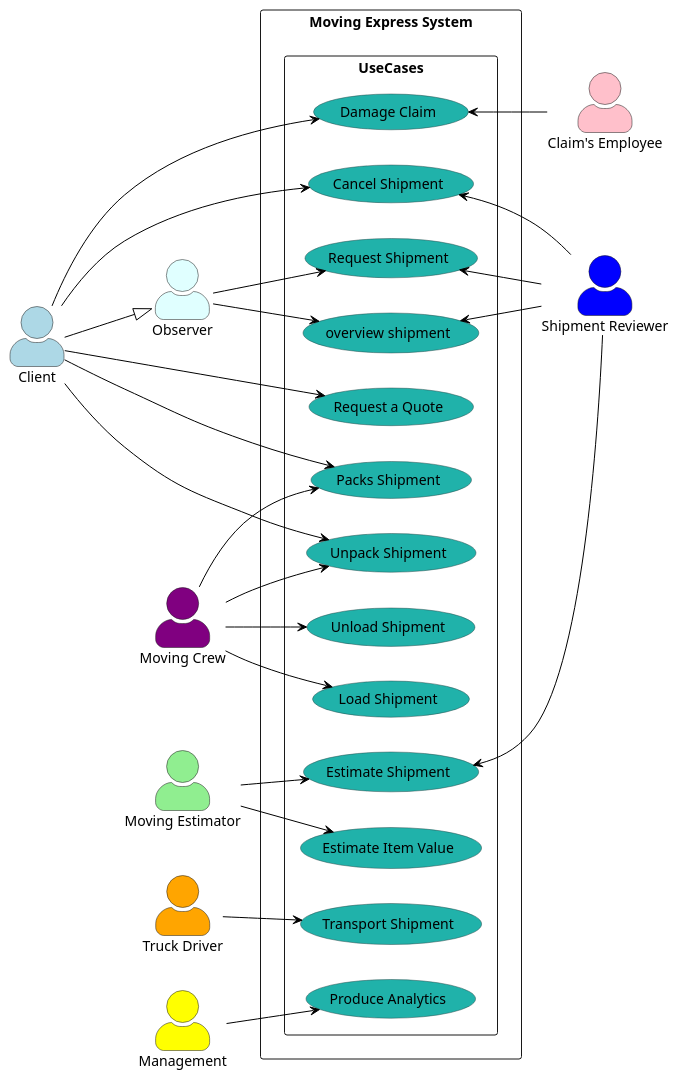
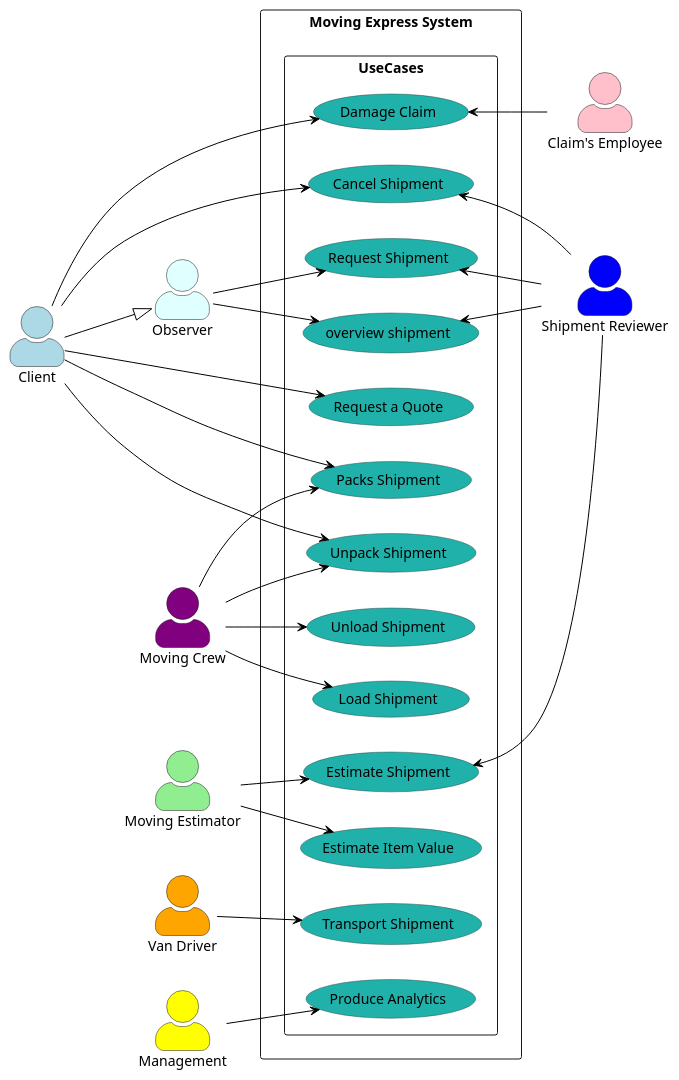
The diagram in Diagrams/UseCaseDiagrams/HighShipmentMS.puml (nic5694/MovingExpress), drawn with PlantUML before and after one commit. The commit also changed 3 other files, not shown here.

Commit message:
Diagrams done

```diff
--- a/Diagrams/UseCaseDiagrams/HighShipmentMS.puml
+++ b/Diagrams/UseCaseDiagrams/HighShipmentMS.puml
@@ -1,70 +1,70 @@
 @startuml
 
 left to right direction
 skinparam actorStyle awesome
 skinparam usecase {
     BackgroundColor DarkSeaGreen
     BorderColor DarkSlateGray
     ArrowColor Black
     ActorBorderColor black
     ActorFontName Courier
     ActorBackgroundColor<< Human >> Gold
 }
 
 actor Client as "Client" #LightBlue
 actor "Moving Estimator" as MovingEstimator #LightGreen
-actor "Truck Driver" as TruckDriver #Orange
+actor "Van Driver" as VanDriver #Orange
 actor "Moving Crew" as MovingCrew #Purple
 actor Management as "Management" #Yellow
 actor "Claim's Employee" as ClaimsEmployee #Pink
 actor "Shipment Reviewer" as ShipmentReviewer #Blue
 actor  "Observer" as Observer #LightCyan
 
 rectangle "Moving Express System" {
     rectangle UseCases {
       usecase "Request a Quote" as UC1 #LightSeaGreen
       usecase "Request Shipment" as UC2 #LightSeaGreen
       usecase "Cancel Shipment" as UC3 #LightSeaGreen
       usecase "Damage Claim" as UC4 #LightSeaGreen
       usecase "Estimate Shipment" as UC5 #LightSeaGreen
       usecase "Estimate Item Value" as UC6 #LightSeaGreen
       usecase "overview shipment" as UC7 #LightSeaGreen
       usecase "Transport Shipment" as UC8 #LightSeaGreen
       usecase "Packs Shipment" as UC9 #LightSeaGreen
       usecase "Load Shipment" as UC10 #LightSeaGreen
       usecase "Unload Shipment" as UC11 #LightSeaGreen
       usecase "Unpack Shipment" as UC12 #LightSeaGreen
       usecase "Produce Analytics" as UC13 #LightSeaGreen
     }
 }
 
 Client --|> Observer
 
 Client --> UC1
 Client --> UC3
 Client --> UC4
 Client --> UC9
 Client --> UC12
 
 Observer --> UC2
 Observer --> UC7
 
 MovingEstimator --> UC5
 MovingEstimator --> UC6
 
-TruckDriver --> UC8
+VanDriver --> UC8
 
 MovingCrew --> UC9
 MovingCrew --> UC10
 MovingCrew --> UC11
 MovingCrew --> UC12
 
 Management --> UC13
 
 UC4 <-- ClaimsEmployee
 UC2 <-- ShipmentReviewer
 UC3 <-- ShipmentReviewer
 UC5 <-- ShipmentReviewer
 UC7 <-- ShipmentReviewer
 
 @enduml
```
